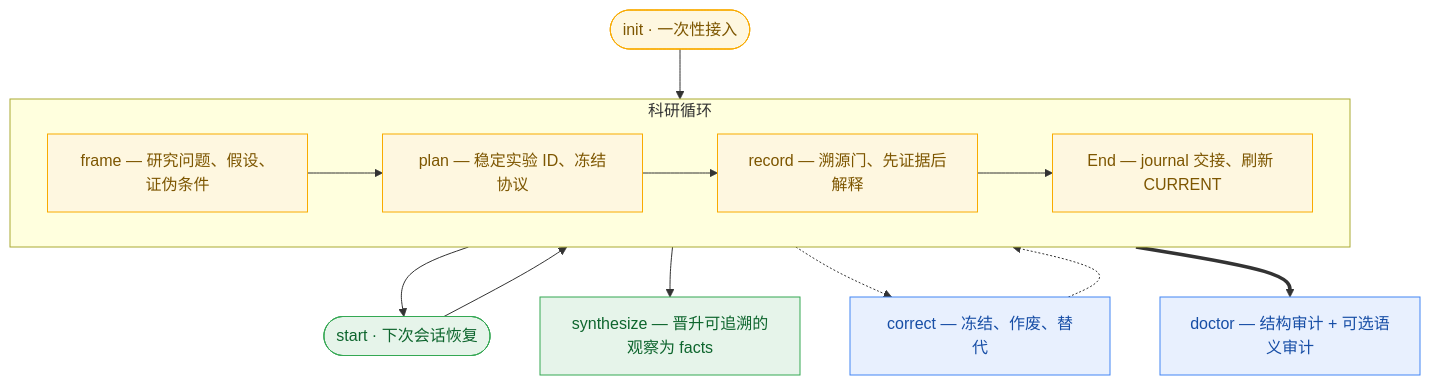
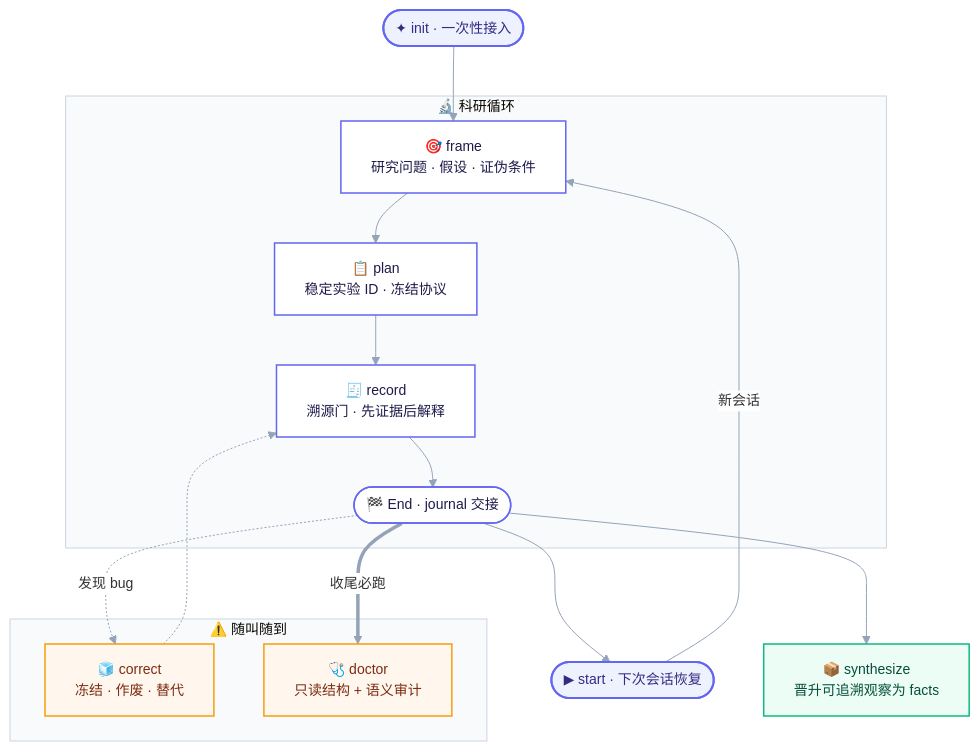
One commit to poiuyjie/jev_project_context changed the first of 2 diagrams in README.zh-CN.md. Above: the diagram before and after it, drawn with Mermaid. The commit also changed other lines of this file and 1 other file, not shown here.

Commit message:
Restyle README diagrams: unified indigo/emerald/amber palette, emoji icons, stadium terminals, init theme, compact labels

````diff
--- a/README.zh-CN.md
+++ b/README.zh-CN.md
@@ -11,27 +11,32 @@
 ```mermaid
 flowchart TB
-    init(["init · 一次性接入"]) --> frame
+    %%{init: {"theme":"base","themeVariables":{"fontFamily":"Inter, ui-sans-serif, system-ui, sans-serif","fontSize":"14px","clusterBkg":"#F8FAFC","clusterBorder":"#CBD5E1","lineColor":"#94A3B8","edgeLabelBackground":"#FFFFFF"}}}%%
+    init(["✦ init · 一次性接入"]):::seed --> frame
 
-    subgraph cycle ["科研循环"]
-        direction LR
-        frame["frame — 研究问题、假设、证伪条件"]
-        plan["plan — 稳定实验 ID、冻结协议"]
-        record["record — 溯源门、先证据后解释"]
-        close["End — journal 交接、刷新 CURRENT"]
-        frame --> plan --> record --> close
+    subgraph loop["🔬 科研循环"]
+        frame["🎯 frame<br/>研究问题 · 假设 · 证伪条件"]:::op
+        plan["📋 plan<br/>稳定实验 ID · 冻结协议"]:::op
+        record["🧾 record<br/>溯源门 · 先证据后解释"]:::op
+        endS(["🏁 End · journal 交接"]):::op
+        frame --> plan --> record --> endS
     end
 
-    close --> start(["start · 下次会话恢复"])
-    start --> frame
-    close --> synthesize["synthesize — 晋升可追溯的观察为 facts"]
-    close -.-> correct["correct — 冻结、作废、替代"]
+    startS(["▶ start · 下次会话恢复"]):::seed
+    endS --> startS
+    startS -->|新会话| frame
+    endS --> syn["📦 synthesize<br/>晋升可追溯观察为 facts"]:::read
+
+    subgraph guards["⚠️ 随叫随到"]
+        correct["🧊 correct<br/>冻结 · 作废 · 替代"]:::gate
+        doctor["🩺 doctor<br/>只读结构 + 语义审计"]:::gate
+    end
+
+    endS -. 发现 bug .-> correct
     correct -.-> record
-    close ==> doctor["doctor — 结构审计 + 可选语义审计"]
+    endS == 收尾必跑 ==> doctor
 
-    classDef gate fill:#e8f0fe,stroke:#4285f4,color:#174ea6;
-    classDef write fill:#fef7e0,stroke:#f9ab00,color:#7d5600;
-    classDef read fill:#e6f4ea,stroke:#34a853,color:#0d652d;
-    class init,frame,plan,record,close write;
-    class start,synthesize read;
-    class correct,doctor gate;
+    classDef seed fill:#EEF2FF,stroke:#6366F1,stroke-width:2px,color:#312E81;
+    classDef op fill:#FFFFFF,stroke:#6366F1,stroke-width:1.5px,color:#1E1B4B;
+    classDef read fill:#ECFDF5,stroke:#10B981,stroke-width:1.5px,color:#064E3B;
+    classDef gate fill:#FFF7ED,stroke:#F59E0B,stroke-width:1.5px,color:#7C2D12;
 ```
````
